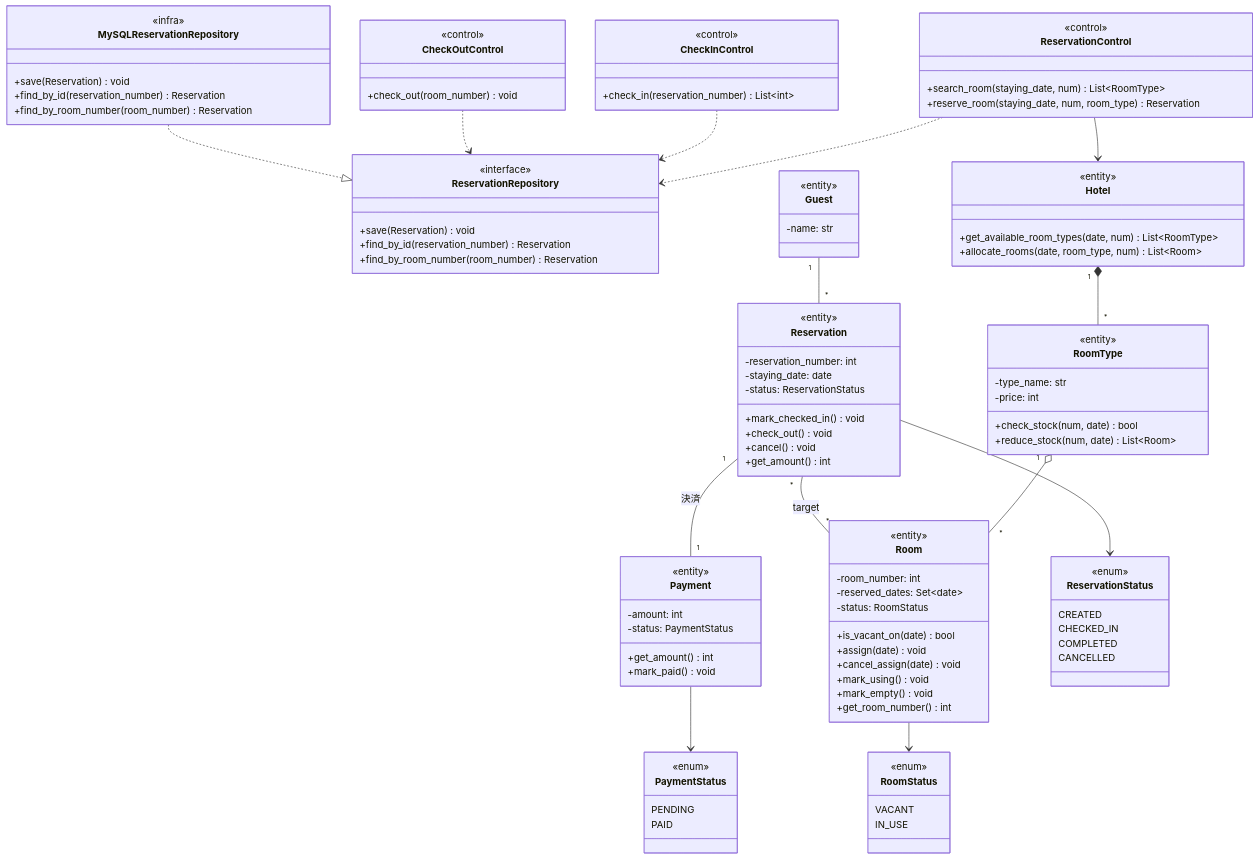
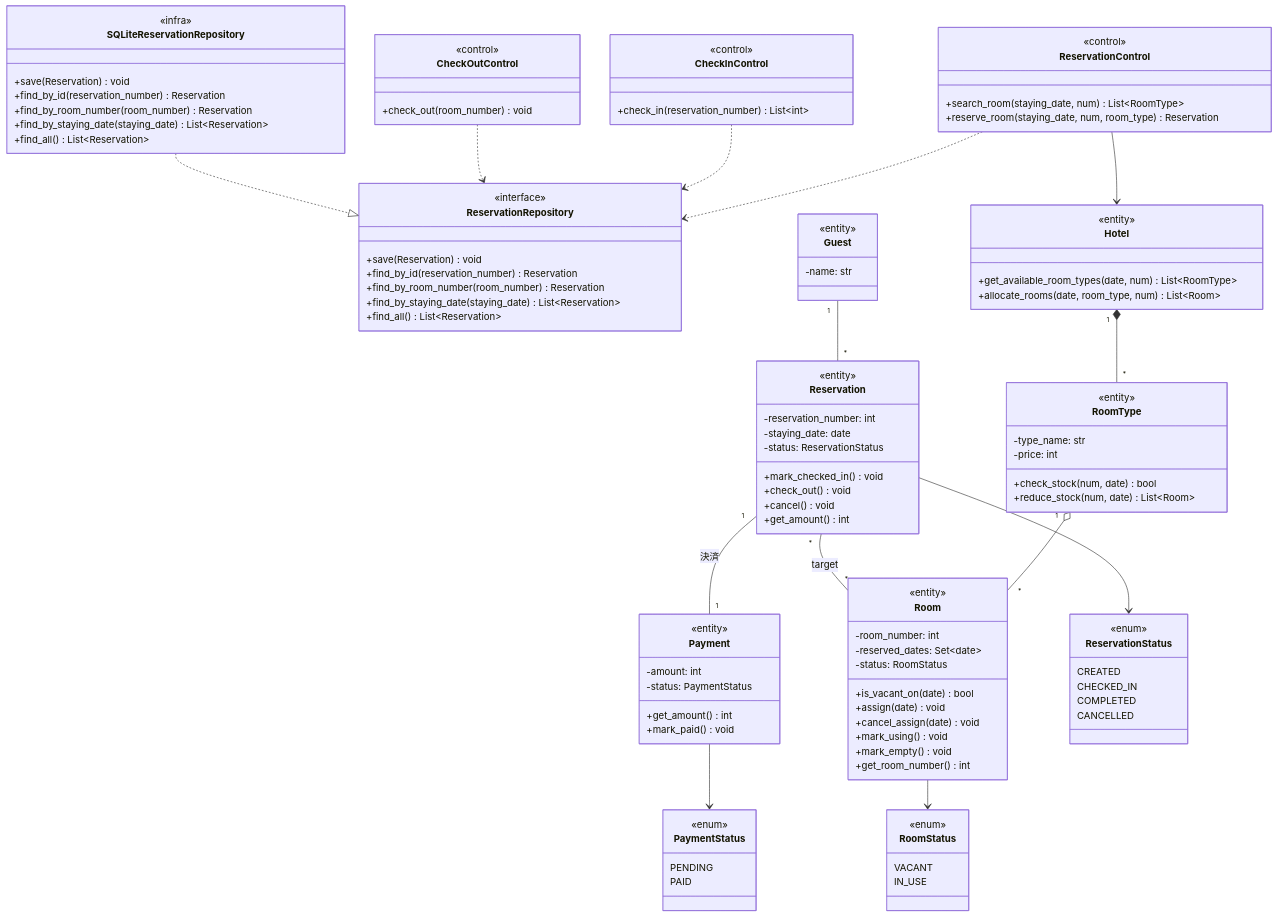
One commit to Kohki-tyl/HRS changed the second of 3 diagrams in Architecture.md. Above: the diagram before and after it, drawn with Mermaid. The commit also changed other lines of this file and 5 other files, not shown here.

````diff
--- a/Architecture.md
+++ b/Architecture.md
@@ -104,6 +104,8 @@
         +save(Reservation) void
         +find_by_id(reservation_number) Reservation
         +find_by_room_number(room_number) Reservation
+        +find_by_staying_date(staying_date) List~Reservation~
+        +find_all() List~Reservation~
     }
     class Guest {
         <<entity>>
@@ -169,11 +171,13 @@
     }
 
     %% Infrastructure Layer
-    class MySQLReservationRepository {
+    class SQLiteReservationRepository {
         <<infra>>
         +save(Reservation) void
         +find_by_id(reservation_number) Reservation
         +find_by_room_number(room_number) Reservation
+        +find_by_staying_date(staying_date) List~Reservation~
+        +find_all() List~Reservation~
     }
 
     %% Relationships
@@ -189,5 +193,5 @@
     Reservation --> ReservationStatus
     Room --> RoomStatus
     Payment --> PaymentStatus
-    MySQLReservationRepository ..|> ReservationRepository
+    SQLiteReservationRepository ..|> ReservationRepository
 ```
````
